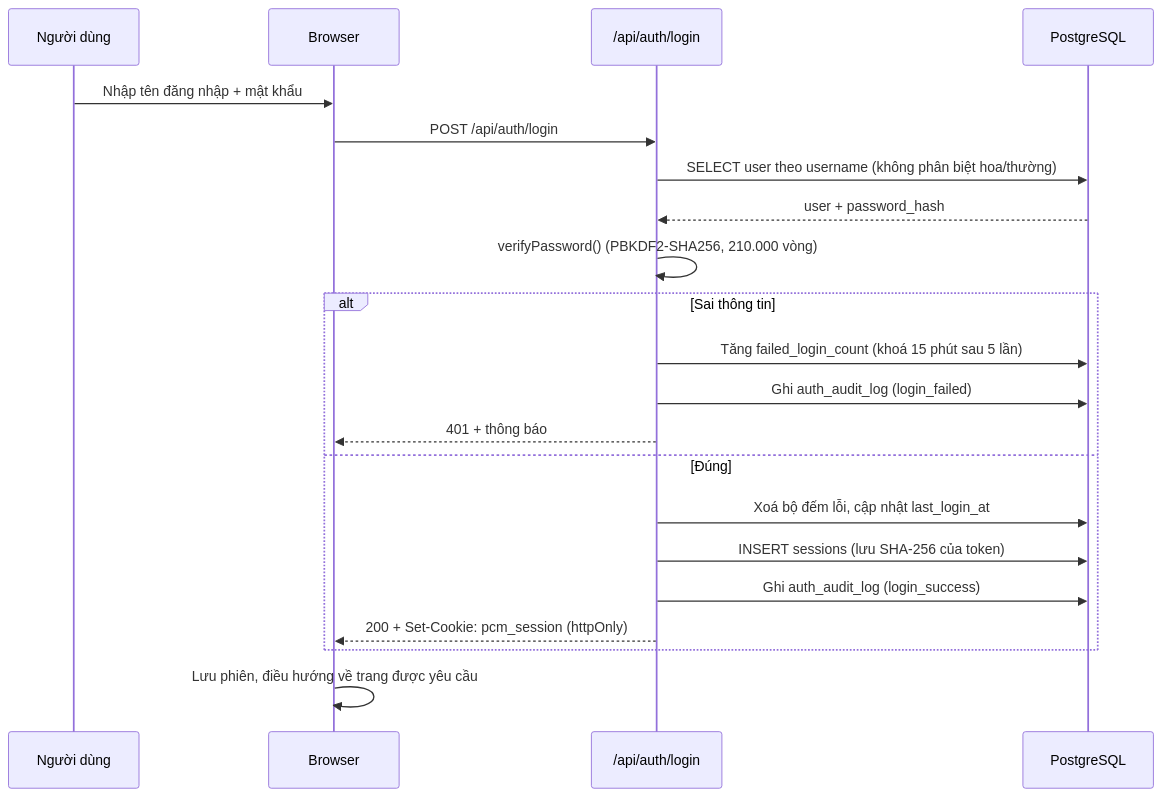
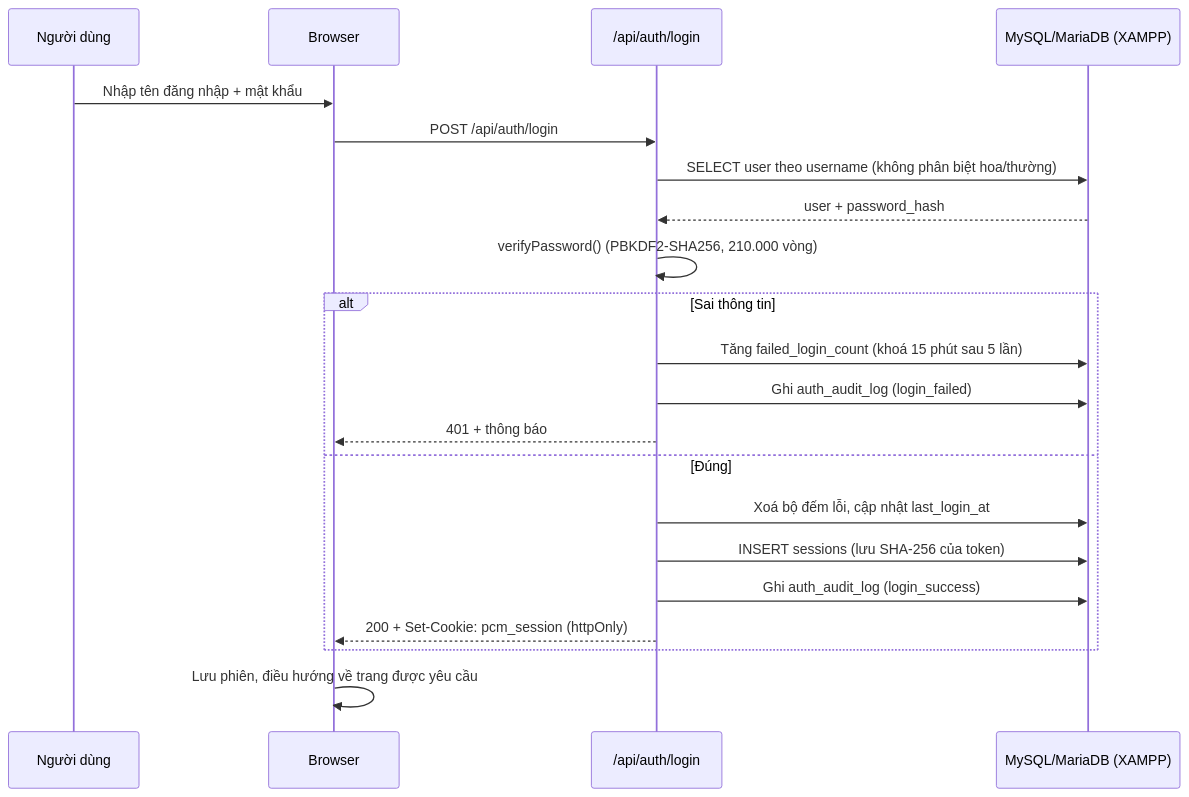
One commit to ngducnhatt/pcm-vanhanh changed the second of 2 diagrams in README.md. Above: the diagram before and after it, drawn with Mermaid. The commit also changed other lines of this file and 16 other files, not shown here.

````diff
--- a/README.md
+++ b/README.md
@@ -93,24 +93,24 @@
 ```mermaid
 sequenceDiagram
     participant U as Người dùng
     participant B as Browser
     participant A as /api/auth/login
-    participant D as PostgreSQL
+    participant D as MySQL/MariaDB (XAMPP)
 
     U->>B: Nhập tên đăng nhập + mật khẩu
     B->>A: POST /api/auth/login
     A->>D: SELECT user theo username (không phân biệt hoa/thường)
     D-->>A: user + password_hash
     A->>A: verifyPassword() (PBKDF2-SHA256, 210.000 vòng)
     alt Sai thông tin
         A->>D: Tăng failed_login_count (khoá 15 phút sau 5 lần)
         A->>D: Ghi auth_audit_log (login_failed)
         A-->>B: 401 + thông báo
     else Đúng
         A->>D: Xoá bộ đếm lỗi, cập nhật last_login_at
         A->>D: INSERT sessions (lưu SHA-256 của token)
         A->>D: Ghi auth_audit_log (login_success)
         A-->>B: 200 + Set-Cookie: pcm_session (httpOnly)
     end
     B->>B: Lưu phiên, điều hướng về trang được yêu cầu
 ```
````
